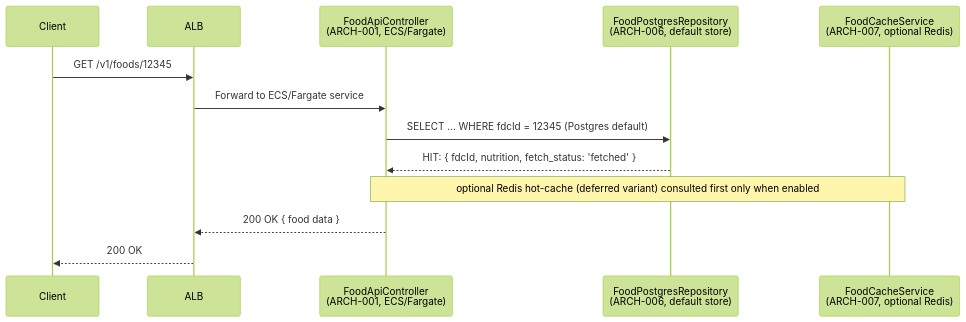
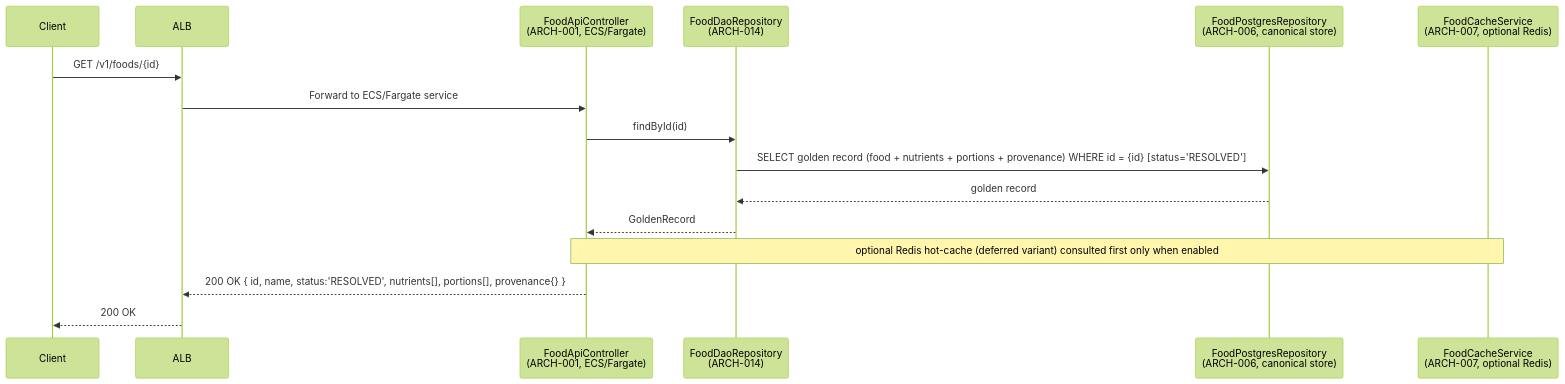
One commit to radicle-co/KitchenSink changed the second of 10 diagrams in specs/003-usda-food-data/v-model/architecture-design.md. Above: the diagram before and after it, drawn with Mermaid (forest theme). The commit also changed other lines of this file and 202 other files, not shown here.

First line of the commit message:
feat(food): source-agnostic food data model, service, USDA sync, and CDK infra (#53)

````diff
--- a/specs/003-usda-food-data/v-model/architecture-design.md
+++ b/specs/003-usda-food-data/v-model/architecture-design.md
@@ -76,16 +137,19 @@
 ```mermaid
 sequenceDiagram
     participant C as Client
     participant G as ALB
     participant A as FoodApiController<br/>(ARCH-001, ECS/Fargate)
-    participant P as FoodPostgresRepository<br/>(ARCH-006, default store)
+    participant D as FoodDaoRepository<br/>(ARCH-014)
+    participant P as FoodPostgresRepository<br/>(ARCH-006, canonical store)
     participant R as FoodCacheService<br/>(ARCH-007, optional Redis)
 
-    C->>G: GET /v1/foods/12345
+    C->>G: GET /v1/foods/{id}
     G->>A: Forward to ECS/Fargate service
-    A->>P: SELECT … WHERE fdcId = 12345 (Postgres default)
-    P-->>A: HIT: { fdcId, nutrition, fetch_status: 'fetched' }
+    A->>D: findById(id)
+    D->>P: SELECT golden record (food + nutrients + portions + provenance) WHERE id = {id} [status='RESOLVED']
+    P-->>D: golden record
+    D-->>A: GoldenRecord
     Note over A,R: optional Redis hot-cache (deferred variant) consulted first only when enabled
-    A-->>G: 200 OK { food data }
+    A-->>G: 200 OK { id, name, status:'RESOLVED', nutrients[], portions[], provenance{} }
     G-->>C: 200 OK
 ```
````
